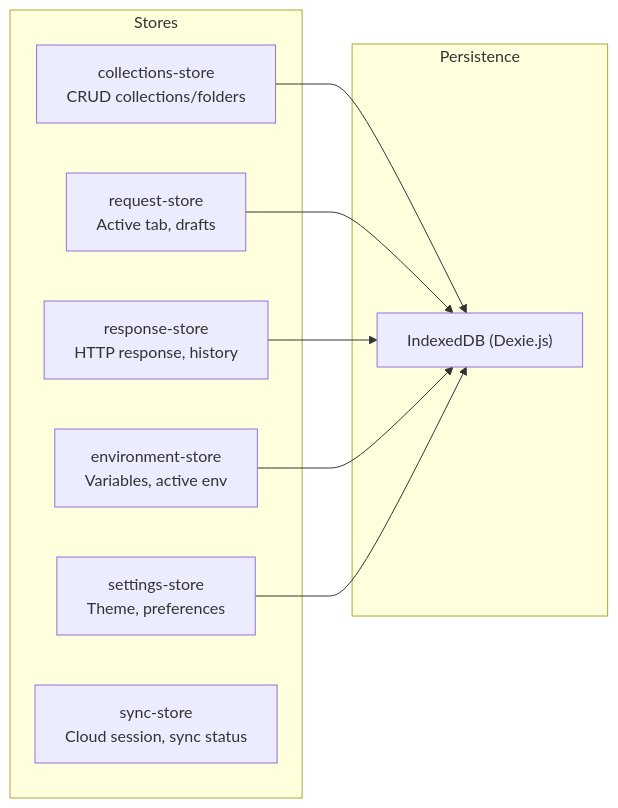
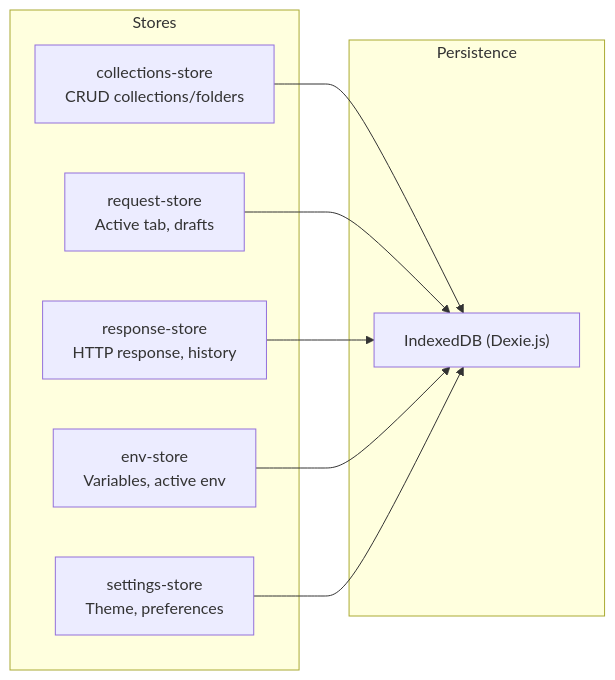
The fourth of 7 diagrams in docs/workflow-guide.md (achoo254/localman), drawn with Mermaid before and after one commit. The commit also changed other lines of this file and 364 other files, not shown here.

First line of the commit message:
refactor: migrate to web-only SPA + Fastify proxy architecture

````diff
--- a/docs/workflow-guide.md
+++ b/docs/workflow-guide.md
@@ -89,21 +89,20 @@
 ```mermaid
 graph LR
     subgraph Stores
         CS["collections-store<br/>CRUD collections/folders"]
         RS["request-store<br/>Active tab, drafts"]
         RES["response-store<br/>HTTP response, history"]
-        ES["environment-store<br/>Variables, active env"]
+        ES["env-store<br/>Variables, active env"]
         SS["settings-store<br/>Theme, preferences"]
-        SYS["sync-store<br/>Cloud session, sync status"]
     end
 
     subgraph Persistence
         IDB["IndexedDB (Dexie.js)"]
     end
 
     CS --> IDB
     RS --> IDB
     RES --> IDB
     ES --> IDB
     SS --> IDB
 ```
````
